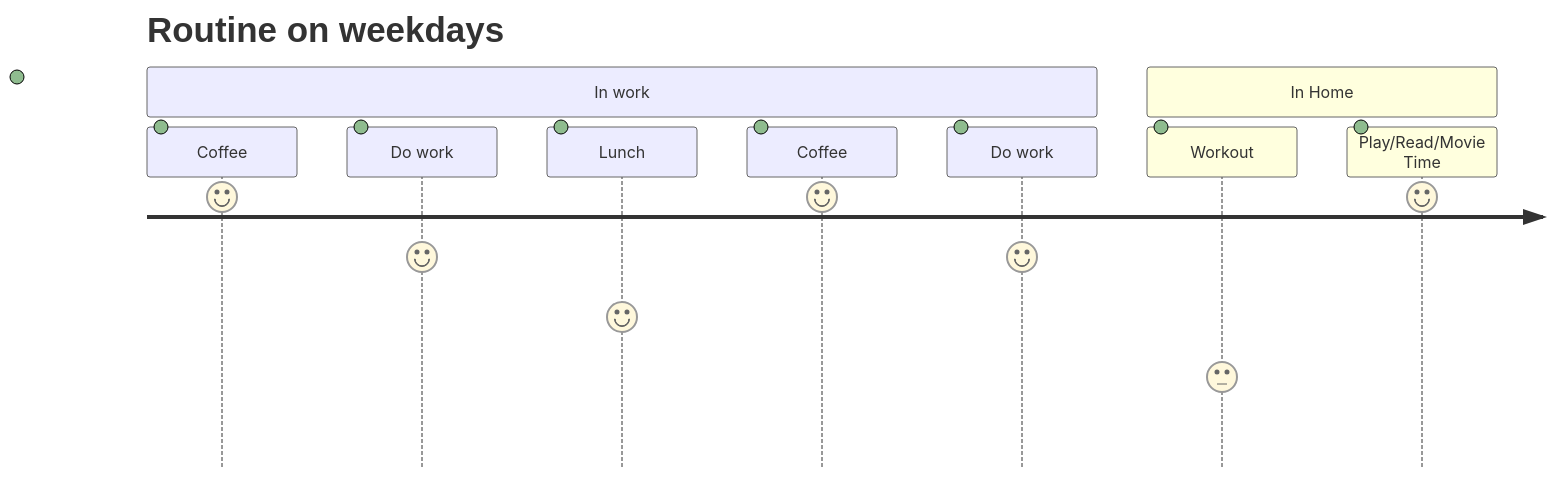
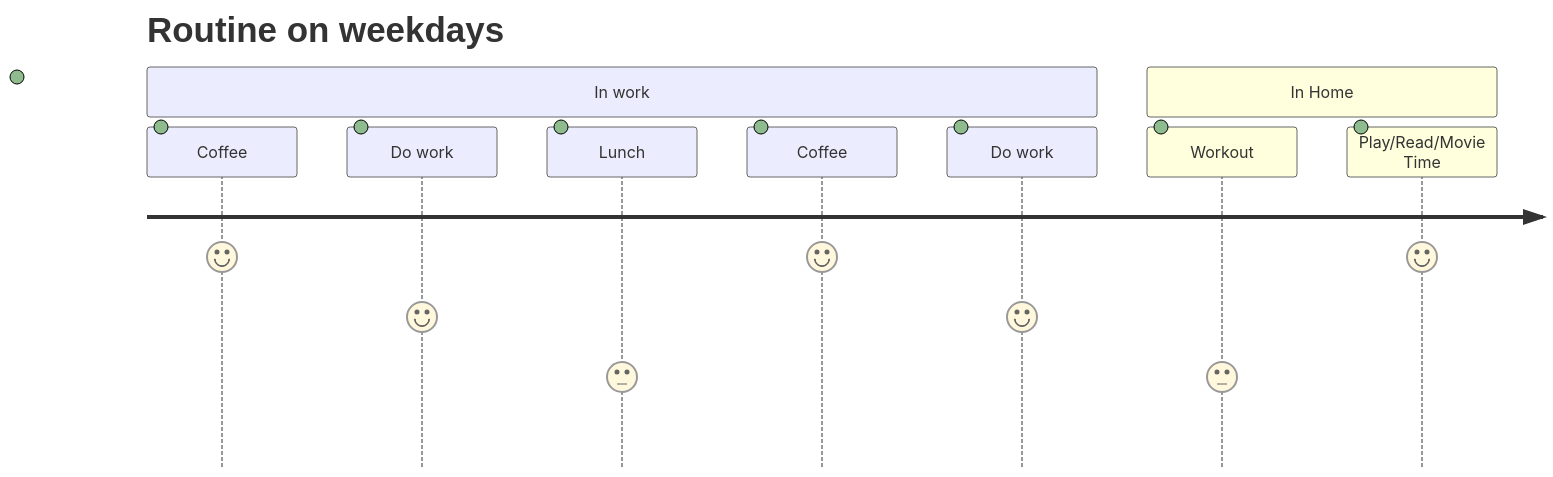
Before and after one commit to RenanSimoesBR/RenanSimoesBR: the diagram in README.md, drawn with Mermaid.

````diff
--- a/README.md
+++ b/README.md
@@ -16,13 +16,13 @@
 ```mermaid
 journey
     title Routine on weekdays
     section In work
-      Coffee: 9:
-      Do work: 7: 
-      Lunch: 5:
-      Coffee: 9:
-      Do work: 7:
+      Coffee: 7:
+      Do work: 5: 
+      Lunch: 3:
+      Coffee: 7:
+      Do work: 5:
     section In Home
       Workout: 3:
-      Play/Read/Movie Time: 9:
+      Play/Read/Movie Time: 7:
 ```
````
